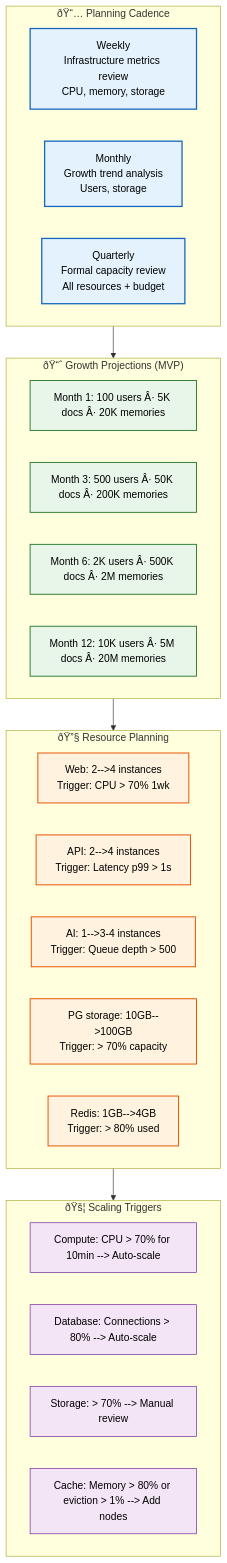
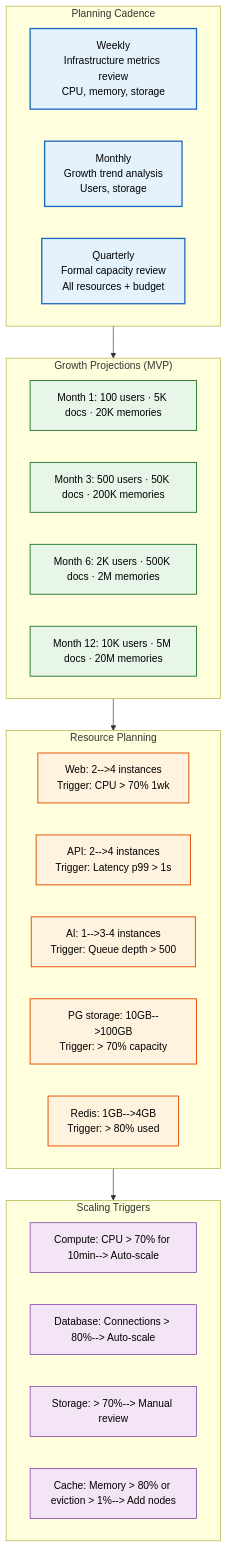
One commit to Driftloom/Vaeloom changed the diagram in docs/operations/Capacity-Planning.md. Above: the diagram before and after it, drawn with Mermaid. The commit also changed other lines of this file and 694 other files, not shown here.

First line of the commit message:
docs: mermaid standardization — encoding/mermaid/duplicate cleanup

````diff
--- a/docs/operations/Capacity-Planning.md
+++ b/docs/operations/Capacity-Planning.md
@@ -8,42 +8,42 @@
 ```mermaid
 graph TD
-    classDef cadence fill:#e3f2fd,stroke:#1565c0,color:#000,stroke-width:2px
-    classDef growth fill:#e8f5e9,stroke:#2e7d32,color:#000,stroke-width:1.5px
-    classDef resource fill:#fff3e0,stroke:#e65100,color:#000,stroke-width:1.5px
-    classDef trigger fill:#f3e5f5,stroke:#6a1b9a,color:#000,stroke-width:1px
+ classDef cadence fill:#e3f2fd,stroke:#1565c0,color:#000,stroke-width:2px
+ classDef growth fill:#e8f5e9,stroke:#2e7d32,color:#000,stroke-width:1.5px
+ classDef resource fill:#fff3e0,stroke:#e65100,color:#000,stroke-width:1.5px
+ classDef trigger fill:#f3e5f5,stroke:#6a1b9a,color:#000,stroke-width:1px
 
-    subgraph Cadence["ðŸ“… Planning Cadence"]
-        C1["Weekly<br/>Infrastructure metrics review<br/>CPU, memory, storage"]
-        C2["Monthly<br/>Growth trend analysis<br/>Users, storage"]
-        C3["Quarterly<br/>Formal capacity review<br/>All resources + budget"]
-    end
+ subgraph Cadence["Planning Cadence"]
+ C1["Weekly<br/>Infrastructure metrics review<br/>CPU, memory, storage"]
+ C2["Monthly<br/>Growth trend analysis<br/>Users, storage"]
+ C3["Quarterly<br/>Formal capacity review<br/>All resources + budget"]
+ end
 
-    subgraph Growth["ðŸ“ˆ Growth Projections (MVP)"]
-        G1["Month 1: 100 users Â· 5K docs Â· 20K memories"]
-        G2["Month 3: 500 users Â· 50K docs Â· 200K memories"]
-        G3["Month 6: 2K users Â· 500K docs Â· 2M memories"]
-        G4["Month 12: 10K users Â· 5M docs Â· 20M memories"]
-    end
+ subgraph Growth["Growth Projections (MVP)"]
+ G1["Month 1: 100 users · 5K docs · 20K memories"]
+ G2["Month 3: 500 users · 50K docs · 200K memories"]
+ G3["Month 6: 2K users · 500K docs · 2M memories"]
+ G4["Month 12: 10K users · 5M docs · 20M memories"]
+ end
 
-    subgraph Resources["ðŸ”§ Resource Planning"]
-        R1["Web: 2-->4 instances<br/>Trigger: CPU > 70% 1wk"]
-        R2["API: 2-->4 instances<br/>Trigger: Latency p99 > 1s"]
-        R3["AI: 1-->3-4 instances<br/>Trigger: Queue depth > 500"]
-        R4["PG storage: 10GB-->100GB<br/>Trigger: > 70% capacity"]
-        R5["Redis: 1GB-->4GB<br/>Trigger: > 80% used"]
-    end
+ subgraph Resources["Resource Planning"]
+ R1["Web: 2-->4 instances<br/>Trigger: CPU > 70% 1wk"]
+ R2["API: 2-->4 instances<br/>Trigger: Latency p99 > 1s"]
+ R3["AI: 1-->3-4 instances<br/>Trigger: Queue depth > 500"]
+ R4["PG storage: 10GB-->100GB<br/>Trigger: > 70% capacity"]
+ R5["Redis: 1GB-->4GB<br/>Trigger: > 80% used"]
+ end
 
-    subgraph Triggers["ðŸš¦ Scaling Triggers"]
-        T1["Compute: CPU > 70% for 10min --> Auto-scale"]
-        T2["Database: Connections > 80% --> Auto-scale"]
-        T3["Storage: > 70% --> Manual review"]
-        T4["Cache: Memory > 80% or eviction > 1% --> Add nodes"]
-    end
+ subgraph Triggers["Scaling Triggers"]
+ T1["Compute: CPU > 70% for 10min--> Auto-scale"]
+ T2["Database: Connections > 80%--> Auto-scale"]
+ T3["Storage: > 70%--> Manual review"]
+ T4["Cache: Memory > 80% or eviction > 1%--> Add nodes"]
+ end
 
-    Cadence --> Growth --> Resources --> Triggers
+ Cadence--> Growth--> Resources--> Triggers
 
-    class C1,C2,C3 cadence
-    class G1,G2,G3,G4 growth
-    class R1,R2,R3,R4,R5 resource
-    class T1,T2,T3,T4 trigger
+ class C1,C2,C3 cadence
+ class G1,G2,G3,G4 growth
+ class R1,R2,R3,R4,R5 resource
+ class T1,T2,T3,T4 trigger
 ```
````
